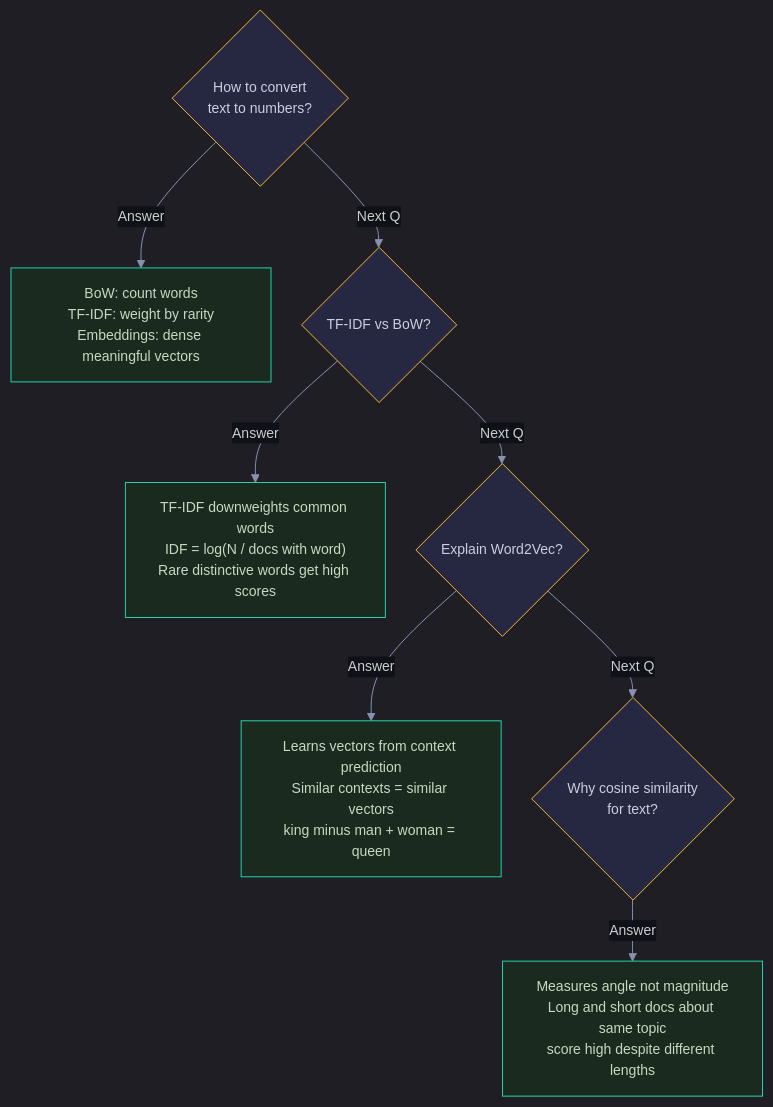
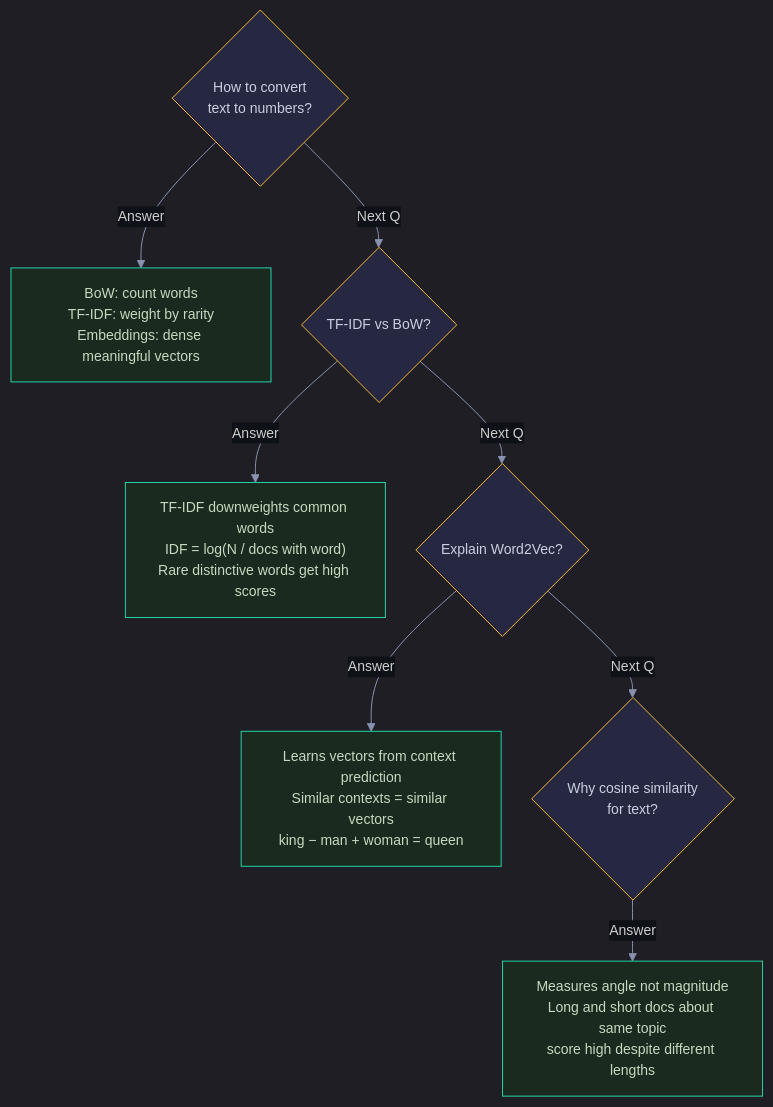
One commit to snehith1234/StudyCircle changed the eighth of 8 diagrams in Documents/Visual_Guides/NLP/NLP_Text_Processing_Visual.md. Above: the diagram before and after it, drawn with Mermaid. The commit also changed other lines of this file and 7 other files, not shown here.

Commit message:
Fix minus/neg in Mermaid: use proper − symbol instead of words

````diff
--- a/Documents/Visual_Guides/NLP/NLP_Text_Processing_Visual.md
+++ b/Documents/Visual_Guides/NLP/NLP_Text_Processing_Visual.md
@@ -212,20 +212,20 @@
 ```mermaid
 %%{init: {'theme': 'dark', 'themeVariables': {'darkMode': true, 'background': '#0e1117', 'primaryColor': '#1a1d2e', 'primaryTextColor': '#e2e8f0', 'primaryBorderColor': '#2d3148', 'lineColor': '#8892b0', 'secondaryColor': '#252840', 'tertiaryColor': '#1a1d2e', 'fontSize': '14px', 'edgeLabelBackground': '#0e1117'}, 'flowchart': {'nodeSpacing': 30, 'rankSpacing': 40, 'padding': 15, 'htmlLabels': true}}}%%
 graph TD
     Q1{"How to convert<br/>text to numbers?"} -->|Answer| A1["BoW: count words<br/>TF-IDF: weight by rarity<br/>Embeddings: dense meaningful vectors"]
     Q1 -->|Next Q| Q2{"TF-IDF vs BoW?"}
     Q2 -->|Answer| A2["TF-IDF downweights common words<br/>IDF = log(N / docs with word)<br/>Rare distinctive words get high scores"]
     Q2 -->|Next Q| Q3{"Explain Word2Vec?"}
-    Q3 -->|Answer| A3["Learns vectors from context prediction<br/>Similar contexts = similar vectors<br/>king minus man + woman = queen"]
+    Q3 -->|Answer| A3["Learns vectors from context prediction<br/>Similar contexts = similar vectors<br/>king − man + woman = queen"]
     Q3 -->|Next Q| Q4{"Why cosine similarity<br/>for text?"}
     Q4 -->|Answer| A4["Measures angle not magnitude<br/>Long and short docs about same topic<br/>score high despite different lengths"]
 
     style Q1 fill:#252840,stroke:#f5b731,color:#c8cfe0
     style Q2 fill:#252840,stroke:#f5b731,color:#c8cfe0
     style Q3 fill:#252840,stroke:#f5b731,color:#c8cfe0
     style Q4 fill:#252840,stroke:#f5b731,color:#c8cfe0
     style A1 fill:#1a2a1f,stroke:#22d3a7,color:#c8d8c0
     style A2 fill:#1a2a1f,stroke:#22d3a7,color:#c8d8c0
     style A3 fill:#1a2a1f,stroke:#22d3a7,color:#c8d8c0
     style A4 fill:#1a2a1f,stroke:#22d3a7,color:#c8d8c0
 ```
````
